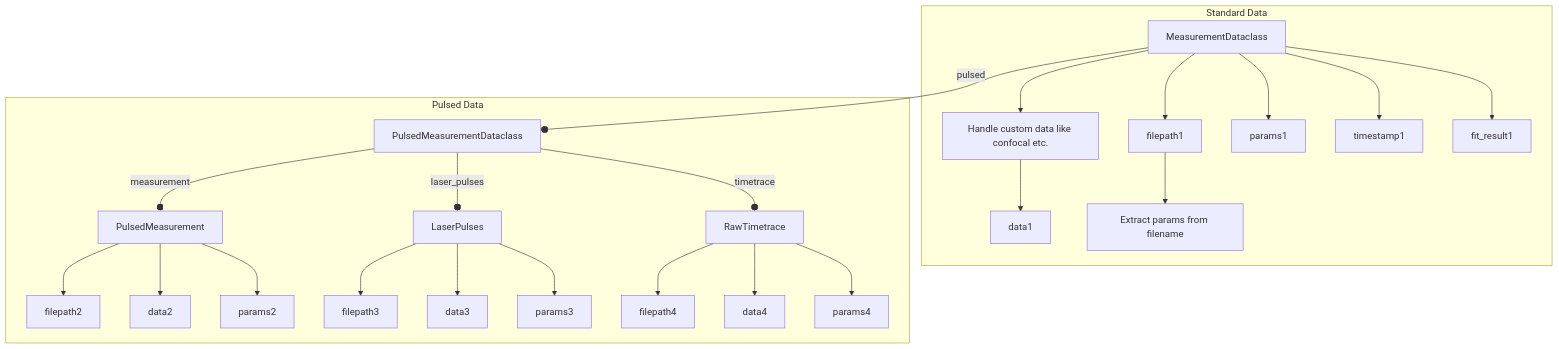
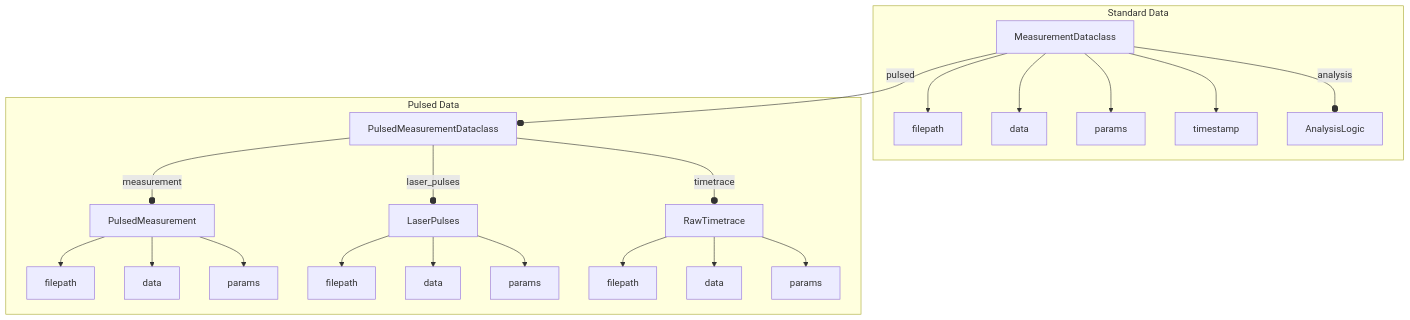
One commit to dineshpinto/qudi-hira-analysis changed the second of 2 diagrams in README.md. Above: the diagram before and after it, drawn with Mermaid. The commit also changed other lines of this file, not shown here.

````diff
--- a/README.md
+++ b/README.md
@@ -48,27 +48,25 @@
 ```mermaid
 flowchart TD;
     subgraph Standard Data
-        MeasurementDataclass-->filepath1;
-        MeasurementDataclass-->CustomDataImporter[Handle custom data like confocal etc.];
-        CustomDataImporter-->data1;
-        MeasurementDataclass-->params1;
-        MeasurementDataclass-->timestamp1;
-        MeasurementDataclass-->fit_result1;
-        filepath1-->ParameterExtraction[Extract params from filename]
+        MeasurementDataclass-->filepath1[filepath];
+        MeasurementDataclass-->data1[data];
+        MeasurementDataclass-->params1[params];
+        MeasurementDataclass-->timestamp1[timestamp];
+        MeasurementDataclass-- analysis --oAnalysisLogic;
     end
     subgraph Pulsed Data
         MeasurementDataclass-- pulsed --oPulsedMeasurementDataclass;
         PulsedMeasurementDataclass-- measurement --oPulsedMeasurement;
-        PulsedMeasurement--> filepath2;
-        PulsedMeasurement--> data2;
-        PulsedMeasurement--> params2;
+        PulsedMeasurement--> filepath2[filepath];
+        PulsedMeasurement--> data2[data];
+        PulsedMeasurement--> params2[params];
         PulsedMeasurementDataclass-- laser_pulses --oLaserPulses; 
-        LaserPulses--> filepath3;
-        LaserPulses--> data3;
-        LaserPulses--> params3;
+        LaserPulses--> filepath3[filepath];
+        LaserPulses--> data3[data];
+        LaserPulses--> params3[params];
         PulsedMeasurementDataclass-- timetrace --oRawTimetrace;
-        RawTimetrace--> filepath4;
-        RawTimetrace--> data4;
-        RawTimetrace--> params4;
+        RawTimetrace--> filepath4[filepath];
+        RawTimetrace--> data4[data];
+        RawTimetrace--> params4[params];
     end
 ```
````
